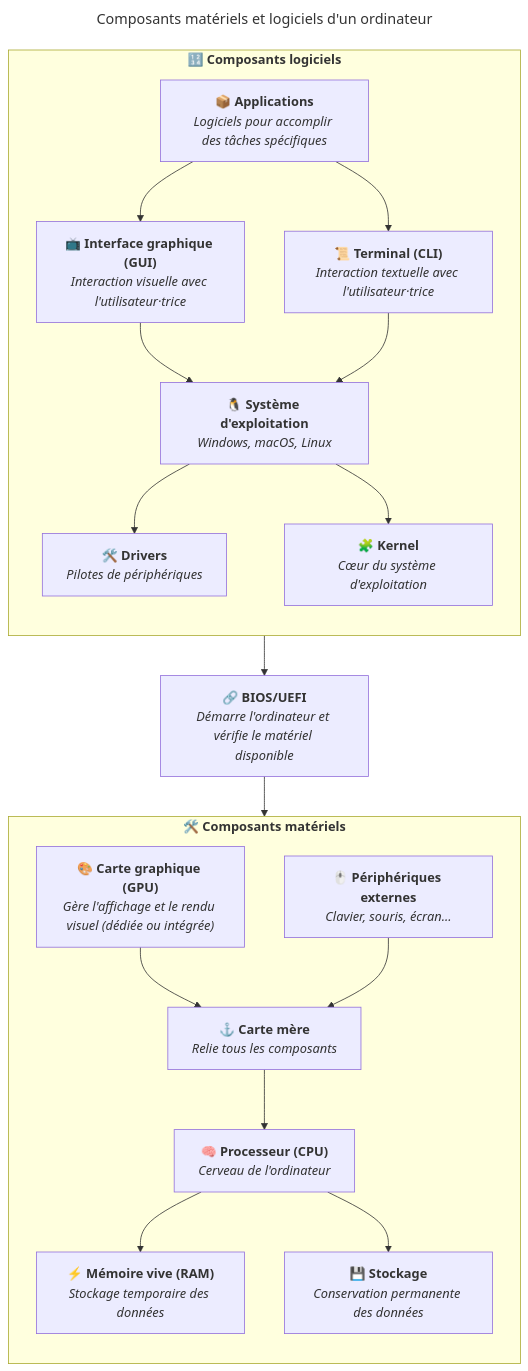
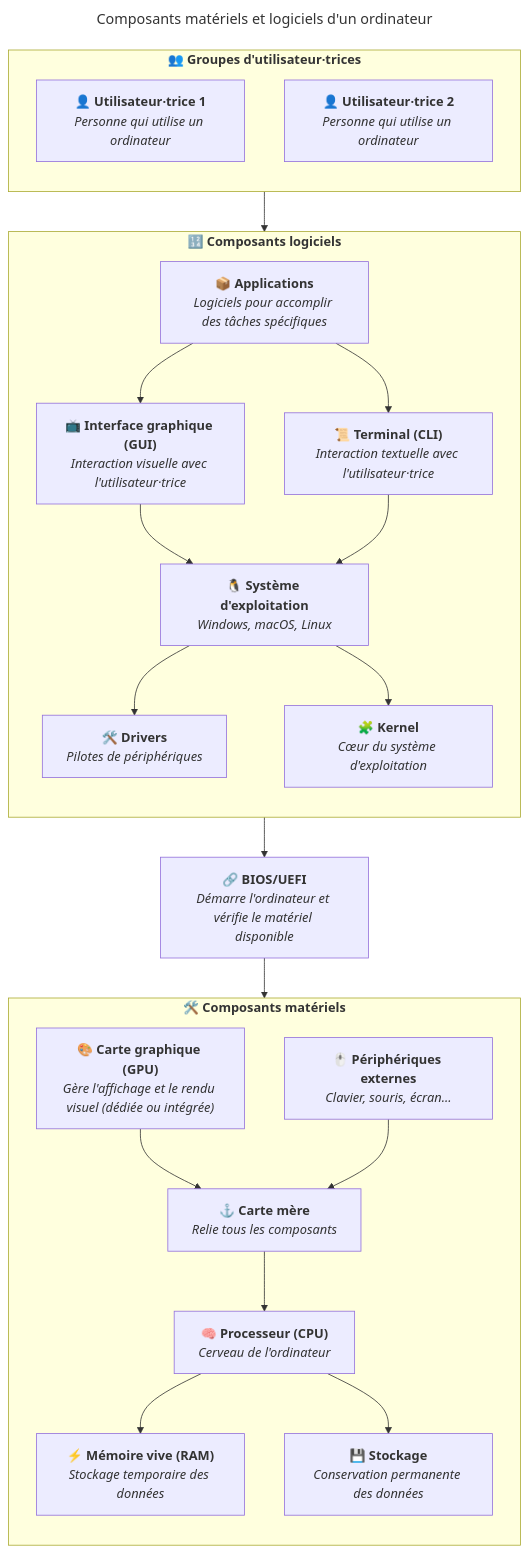
One commit to heig-vd-upinfo-course/heig-vd-upinfo-course changed the diagram in src/content/docs/03-composants-materiels-et-logiciels-dun-ordinateur/01-introduction-et-ressources.mdx. Above: the diagram before and after it, drawn with Mermaid. The commit also changed other lines of this file and 44 other files, not shown here.

```diff
--- a/src/content/docs/03-composants-materiels-et-logiciels-dun-ordinateur/01-introduction-et-ressources.mdx
+++ b/src/content/docs/03-composants-materiels-et-logiciels-dun-ordinateur/01-introduction-et-ressources.mdx
@@ -64,11 +65,11 @@
     **🐧 Système d'exploitation**
     _Windows, macOS, Linux_
   `"]
-  DRIVERS["`
+  Drivers["`
     **🛠️ Drivers**
     _Pilotes de périphériques_
   `"]
-  KERNEL["`
+  Kernel["`
     **🧩 Kernel**
     _Cœur du système d'exploitation_
   `"]
@@ -84,12 +85,31 @@
     **📦 Applications**
     _Logiciels pour accomplir des tâches spécifiques_
   `"]
+  User_1["`
+    **👤 Utilisateur·trice 1**
+    _Personne qui utilise un ordinateur_
+  `"]
+  User_2["`
+    **👤 Utilisateur·trice 2**
+    _Personne qui utilise un ordinateur_
+  `"]
+
+  subgraph Users["`**👥 Groupes d'utilisateur·trices**`"]
+    direction TB
+
+    User_1
+    User_2
+  end
+
+  Users --> Applications
 
   subgraph Software["`**🔢 Composants logiciels**`"]
     direction TB
 
-    OS --> DRIVERS
-    OS --> KERNEL
+    OS --> Drivers
+
+    OS --> Kernel
+
     GUI --> OS
     CLI --> OS
     Applications --> GUI
```
